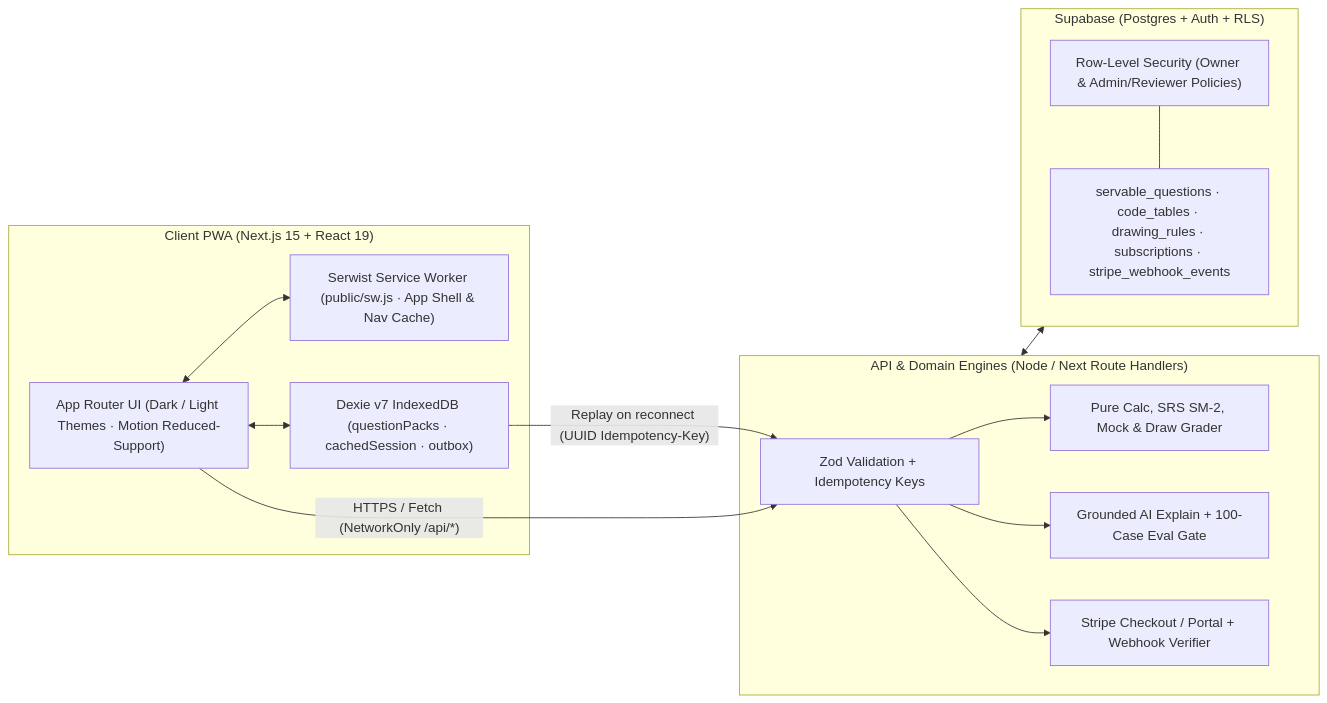
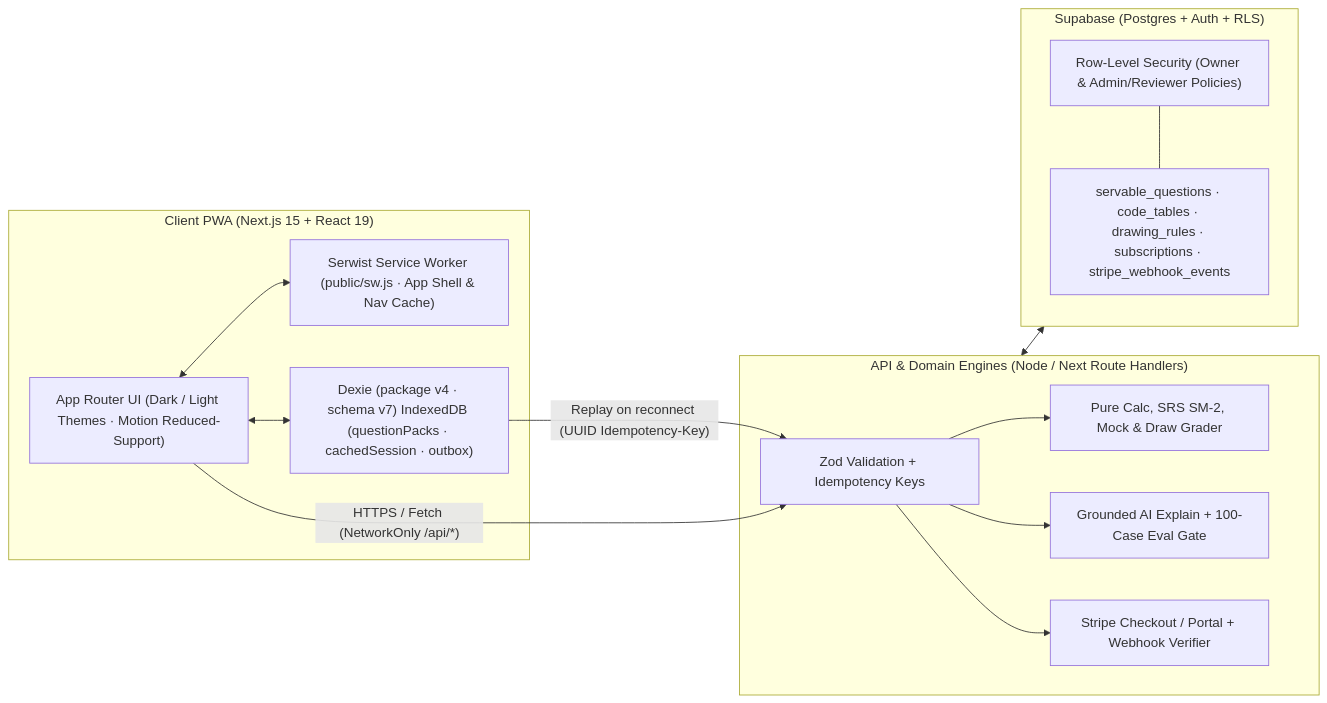
One commit to brasseaux93-web/Bendline changed the diagram in README.md. Above: the diagram before and after it, drawn with Mermaid. The commit also changed other lines of this file, not shown here.

````diff
--- a/README.md
+++ b/README.md
@@ -47,30 +47,30 @@
 ```mermaid
 flowchart LR
   subgraph Client["Client PWA (Next.js 15 + React 19)"]
     UI["App Router UI (Dark / Light Themes · Motion Reduced-Support)"]
     SW["Serwist Service Worker (public/sw.js · App Shell & Nav Cache)"]
-    DX["Dexie v7 IndexedDB (questionPacks · cachedSession · outbox)"]
+    DX["Dexie (package v4 · schema v7) IndexedDB (questionPacks · cachedSession · outbox)"]
     UI <--> SW
     UI <--> DX
   end
 
   subgraph Edge["API & Domain Engines (Node / Next Route Handlers)"]
     ZOD["Zod Validation + Idempotency Keys"]
     CALC["Pure Calc, SRS SM-2, Mock & Draw Grader"]
     AI["Grounded AI Explain + 100-Case Eval Gate"]
     BILL["Stripe Checkout / Portal + Webhook Verifier"]
     ZOD --> CALC
     ZOD --> AI
     ZOD --> BILL
   end
 
   subgraph DB["Supabase (Postgres + Auth + RLS)"]
     RLS["Row-Level Security (Owner & Admin/Reviewer Policies)"]
     TBL["servable_questions · code_tables · drawing_rules · subscriptions · stripe_webhook_events"]
     RLS --- TBL
   end
 
   DX -- "Replay on reconnect (UUID Idempotency-Key)" --> ZOD
   UI -- "HTTPS / Fetch (NetworkOnly /api/*)" --> ZOD
   Edge <--> DB
 ```
````
